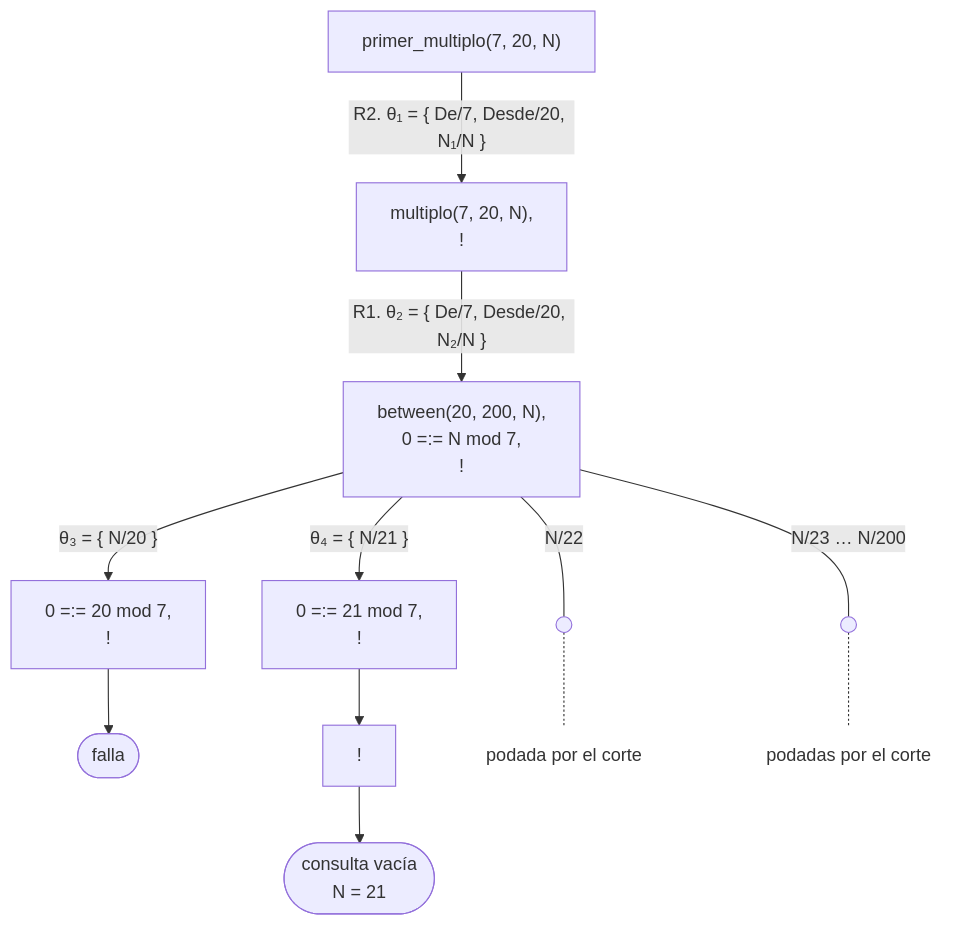
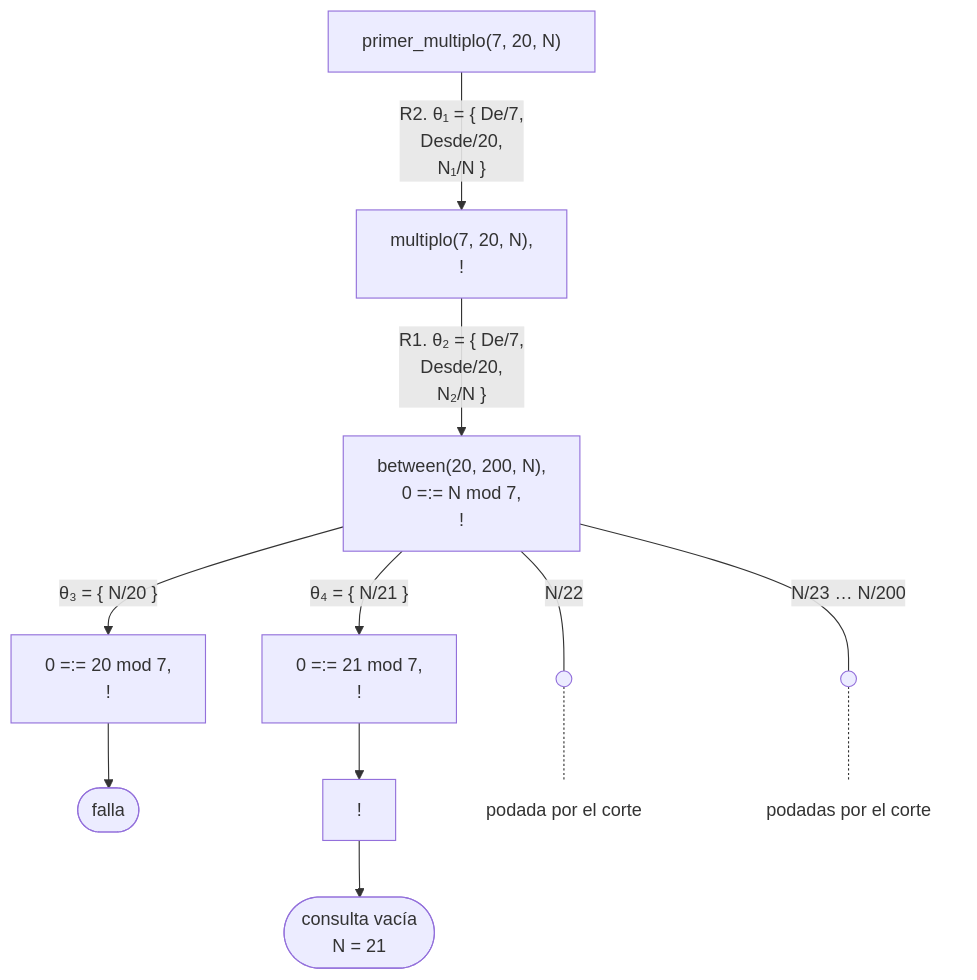
The fourth of 4 diagrams in docs/capitulo-09-backtracking-y-corte/index.md (CesarBallardini/curso-de-prolog), drawn with Mermaid before and after one commit. The commit also changed other lines of this file and 24 other files, not shown here.

First line of the commit message:
feat(docs): botones para ocultar las columnas laterales y etiquetas cortas en los diagramas

````diff
--- a/docs/capitulo-09-backtracking-y-corte/index.md
+++ b/docs/capitulo-09-backtracking-y-corte/index.md
@@ -427,14 +427,14 @@
 ```mermaid
 flowchart TD
-    A["primer_multiplo(7, 20, N)"] -- "R2. θ₁ = {&nbsp;De/7, Desde/20, N₁/N&nbsp;}" --> B["multiplo(7, 20, N),<br/>!"]
-    B -- "R1. θ₂ = {&nbsp;De/7, Desde/20, N₂/N&nbsp;}" --> C["between(20, 200, N),<br/>0 =:= N mod 7,<br/>!"]
+    A["primer_multiplo(7, 20, N)"] -- "R2. θ₁ = {&nbsp;De/7,<br/>Desde/20,<br/>N₁/N&nbsp;}" --> B["multiplo(7, 20, N),<br/>!"]
+    B -- "R1. θ₂ = {&nbsp;De/7,<br/>Desde/20,<br/>N₂/N&nbsp;}" --> C["between(20, 200, N),<br/>0 =:= N mod 7,<br/>!"]
     C -- "θ₃ = {&nbsp;N/20&nbsp;}" --> D["0 =:= 20 mod 7,<br/>!"]
     D --> F(["falla"])
     C -- "θ₄ = {&nbsp;N/21&nbsp;}" --> E["0 =:= 21 mod 7,<br/>!"]
     E --> E2["!"]
     E2 --> S(["consulta vacía<br/>N = 21"])
     C -- "N/22" --- p1@{ shape: sm-circ } -.- n1["podada por el corte"]
     C -- "N/23 … N/200" --- p2@{ shape: sm-circ } -.- n2["podadas por el corte"]
     classDef abierto fill:none,stroke:none;
     class n1,n2 abierto;
 ```
````
